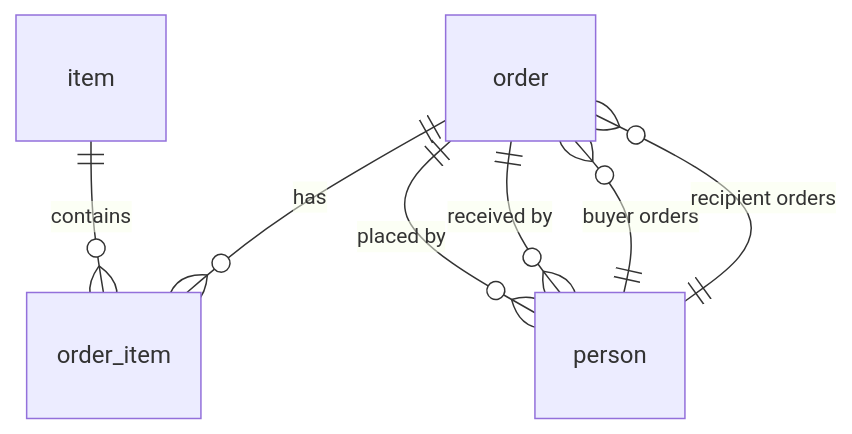
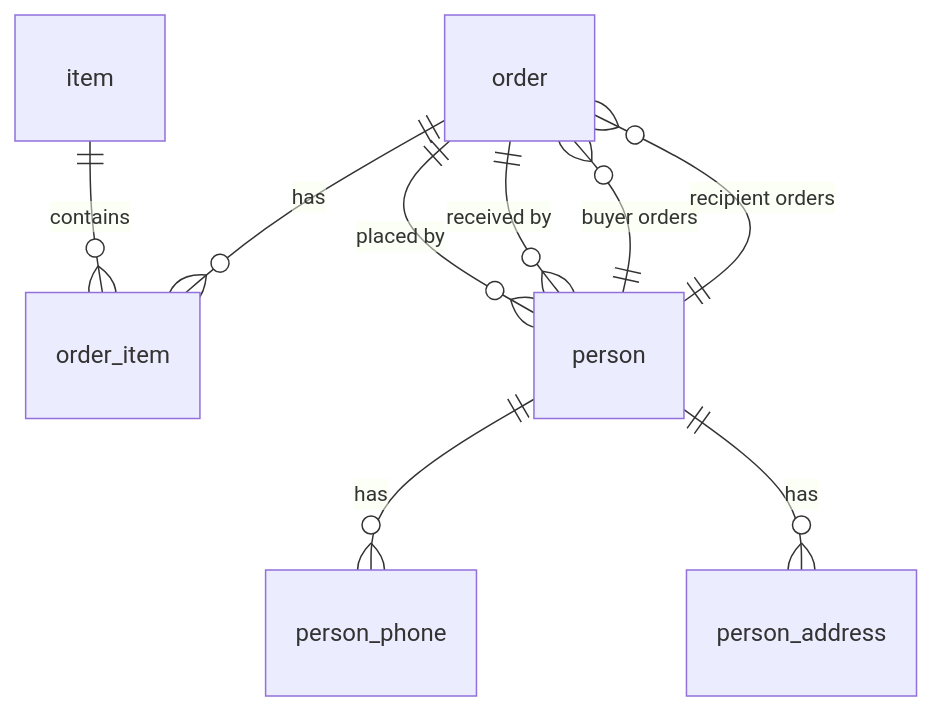
The diagram in db/erd/README.md (cliffordwilliam/swatt-lasagna-api), drawn with Mermaid before and after one commit. The commit also changed 3 other files, not shown here.

````diff
--- a/db/erd/README.md
+++ b/db/erd/README.md
@@ -3,14 +3,18 @@
 ```mermaid
 erDiagram
     item
     order
     order_item
     person
+    person_phone
+    person_address
 
     item ||--o{ order_item : "contains"
     order ||--o{ order_item : "has"
     order ||--o{ person : "placed by"
     order ||--o{ person : "received by"
     person ||--o{ order : "buyer orders"
     person ||--o{ order : "recipient orders"
+    person ||--o{ person_phone : "has"
+    person ||--o{ person_address : "has"
 ```
````
